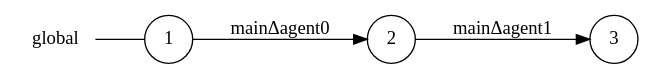
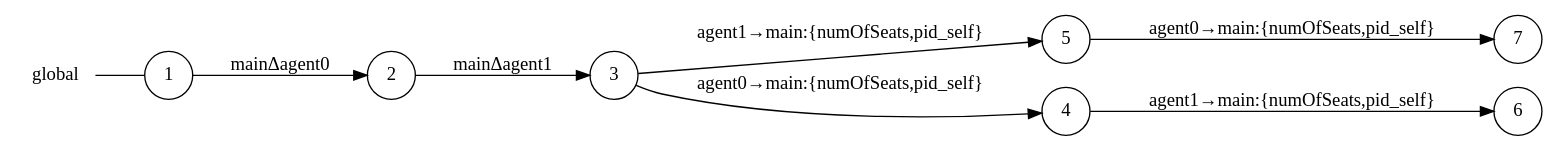
The diagram in examples/airline/main_global_view.dot (gabrielegenovese/chorer), drawn with Graphviz before and after one commit. The commit also changed 12 other files, not shown here.

```diff
--- a/examples/airline/main_global_view.dot
+++ b/examples/airline/main_global_view.dot
@@ -1,11 +1,19 @@
 digraph global {
 	rankdir="LR";
 	n_0 [label="global", shape="plaintext"];
-	n_1 [id="1", shape=circle, label="1"];
-	n_0 -> n_1 [arrowhead=none];
-	n_2 [id="2", shape=circle, label="2"];
-	n_3 [id="3", shape=circle, label="3"];
+	n_1 [id="5", shape=circle, label="5"];
+	n_2 [id="6", shape=circle, label="6"];
+	n_3 [id="1", shape=circle, label="1"];
+	n_0 -> n_3 [arrowhead=none];
+	n_4 [id="2", shape=circle, label="2"];
+	n_5 [id="4", shape=circle, label="4"];
+	n_6 [id="7", shape=circle, label="7"];
+	n_7 [id="3", shape=circle, label="3"];
 
-	n_2 -> n_3 [id="[$e|1]", label="mainΔagent1"];
-	n_1 -> n_2 [id="[$e|0]", label="mainΔagent0"];
+	n_7 -> n_5 [id="[$e|2]", label="agent0→main:{numOfSeats,pid_self}"];
+	n_3 -> n_4 [id="[$e|0]", label="mainΔagent0"];
+	n_4 -> n_7 [id="[$e|1]", label="mainΔagent1"];
+	n_1 -> n_6 [id="[$e|5]", label="agent0→main:{numOfSeats,pid_self}"];
+	n_7 -> n_1 [id="[$e|3]", label="agent1→main:{numOfSeats,pid_self}"];
+	n_5 -> n_2 [id="[$e|4]", label="agent1→main:{numOfSeats,pid_self}"];
 }
```
